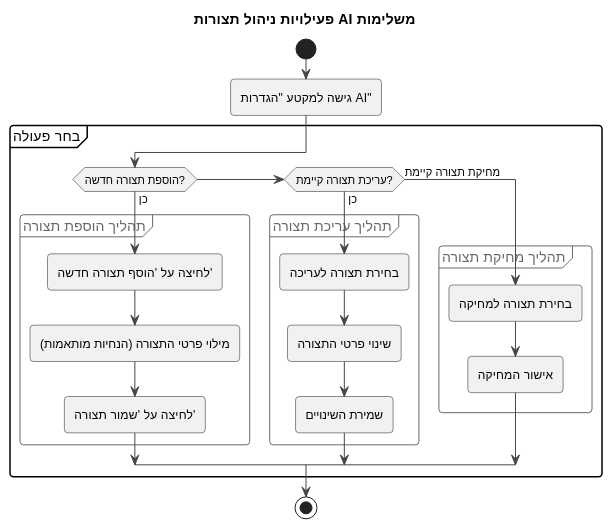
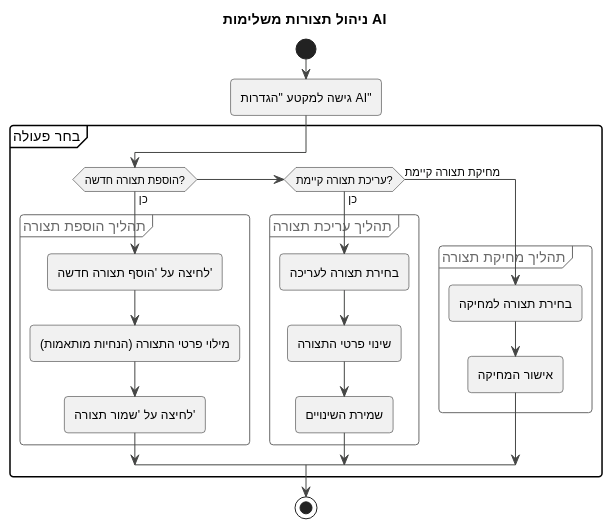
One commit to Arado3333/PageByPage_Israel_Arad changed the diagram in UML/Activity/Admin/ADM-UC-06.puml. Above: the diagram before and after it, drawn with PlantUML. The commit also changed 13 other files, not shown here.

```diff
--- a/UML/Activity/Admin/ADM-UC-06.puml
+++ b/UML/Activity/Admin/ADM-UC-06.puml
@@ -1,34 +1,34 @@
 @startuml
 !theme vibrant
 
-title פעילויות ניהול תצורות AI משלימות
+title  ניהול תצורות משלימות AI
 
 start
 :גישה למקטע "הגדרות AI";
 
 partition "בחר פעולה" {
   if (הוספת תצורה חדשה?) then (כן)
     group "תהליך הוספת תצורה"
       :לחיצה על 'הוסף תצורה חדשה';
       :מילוי פרטי התצורה (הנחיות מותאמות);
       :לחיצה על 'שמור תצורה';
     end group
 
   else if (עריכת תצורה קיימת?) then (כן)
     group "תהליך עריכת תצורה"
       :בחירת תצורה לעריכה;
       :שינוי פרטי התצורה;
       :שמירת השינויים;
     end group
     
   else (מחיקת תצורה קיימת)
     group "תהליך מחיקת תצורה"
       :בחירת תצורה למחיקה;
       :אישור המחיקה;
     end group
   endif
 }
 
 stop
 
 @enduml
```
